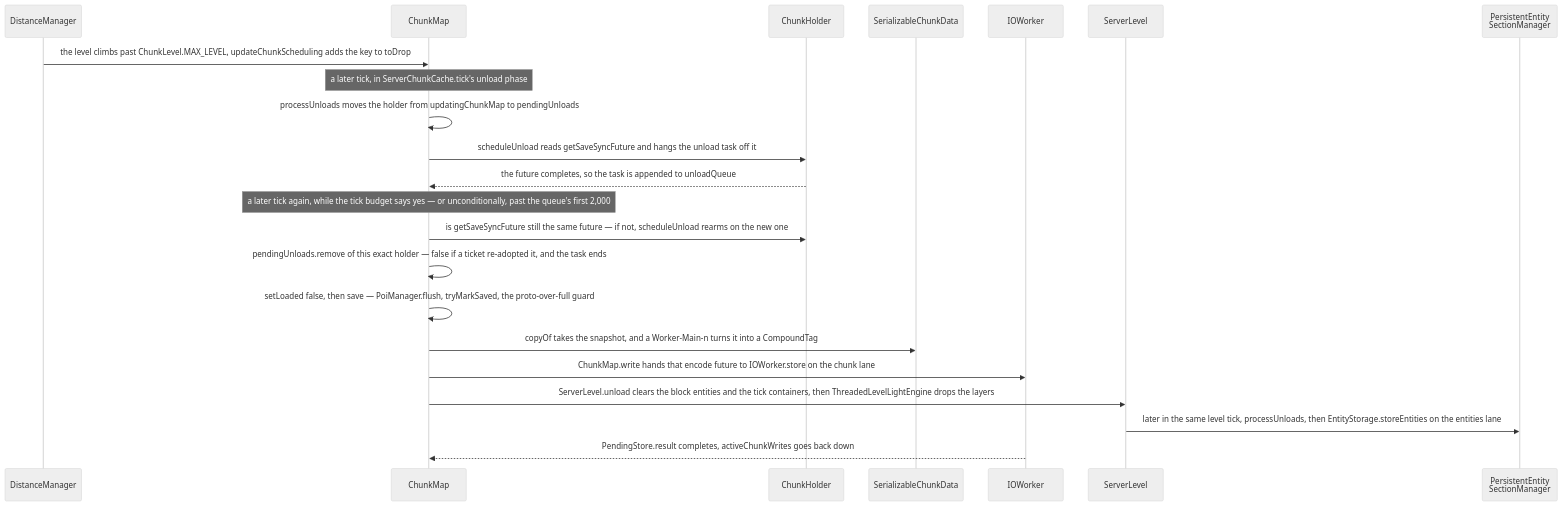
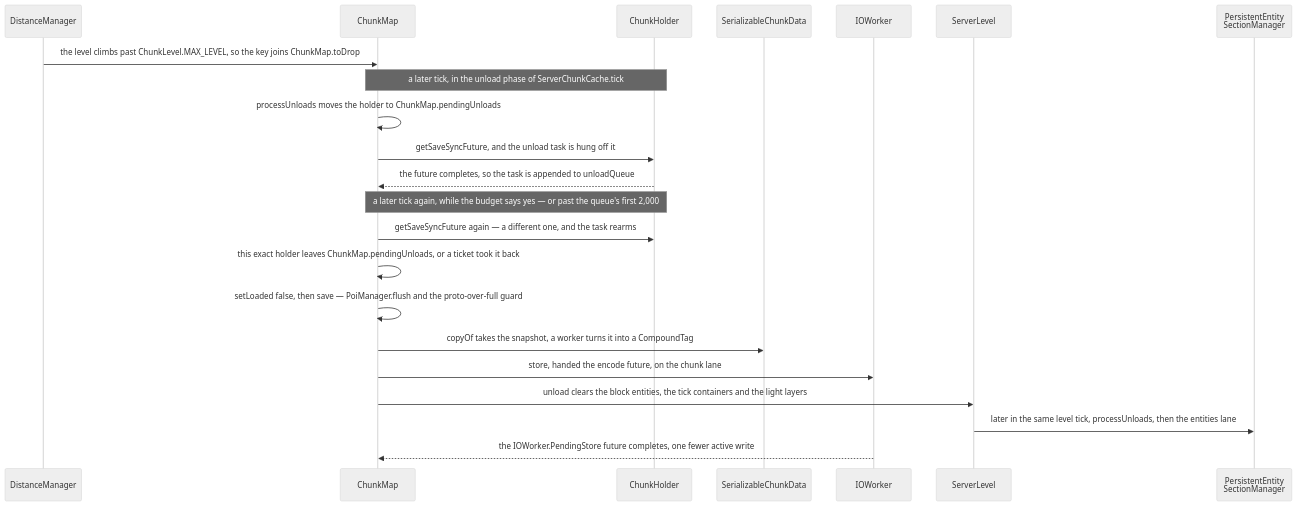
One commit to AlexanderjFraser/MinecraftDocs changed the second of 3 diagrams in src/systems/world/chunk-storage.md. Above: the diagram before and after it, drawn with Mermaid (neutral theme). The commit also changed other lines of this file and 22 other files, not shown here.

````diff
--- a/src/systems/world/chunk-storage.md
+++ b/src/systems/world/chunk-storage.md
@@ -153,25 +171,25 @@
 ```mermaid
 sequenceDiagram
     participant DM as DistanceManager
     participant CM as ChunkMap
     participant CH as ChunkHolder
     participant SCD as SerializableChunkData
     participant IOW as IOWorker
     participant SL as ServerLevel
     participant PESM as PersistentEntity<br/>SectionManager
 
-    DM->>CM: the level climbs past ChunkLevel.MAX_LEVEL, updateChunkScheduling adds the key to toDrop
-    Note over CM: a later tick, in ServerChunkCache.tick's unload phase
-    CM->>CM: processUnloads moves the holder from updatingChunkMap to pendingUnloads
-    CM->>CH: scheduleUnload reads getSaveSyncFuture and hangs the unload task off it
+    DM->>CM: the level climbs past ChunkLevel.MAX_LEVEL, so the key joins ChunkMap.toDrop
+    Note over CM,CH: a later tick, in the unload phase of ServerChunkCache.tick
+    CM->>CM: processUnloads moves the holder to ChunkMap.pendingUnloads
+    CM->>CH: getSaveSyncFuture, and the unload task is hung off it
     CH-->>CM: the future completes, so the task is appended to unloadQueue
-    Note over CM: a later tick again, while the tick budget says yes — or unconditionally, past the queue's first 2,000
-    CM->>CH: is getSaveSyncFuture still the same future — if not, scheduleUnload rearms on the new one
-    CM->>CM: pendingUnloads.remove of this exact holder — false if a ticket re-adopted it, and the task ends
-    CM->>CM: setLoaded false, then save — PoiManager.flush, tryMarkSaved, the proto-over-full guard
-    CM->>SCD: copyOf takes the snapshot, and a Worker-Main-n turns it into a CompoundTag
-    CM->>IOW: ChunkMap.write hands that encode future to IOWorker.store on the chunk lane
-    CM->>SL: ServerLevel.unload clears the block entities and the tick containers, then ThreadedLevelLightEngine drops the layers
-    SL->>PESM: later in the same level tick, processUnloads, then EntityStorage.storeEntities on the entities lane
-    IOW-->>CM: PendingStore.result completes, activeChunkWrites goes back down
+    Note over CM,CH: a later tick again, while the budget says yes — or past the queue's first 2,000
+    CM->>CH: getSaveSyncFuture again — a different one, and the task rearms
+    CM->>CM: this exact holder leaves ChunkMap.pendingUnloads, or a ticket took it back
+    CM->>CM: setLoaded false, then save — PoiManager.flush and the proto-over-full guard
+    CM->>SCD: copyOf takes the snapshot, a worker turns it into a CompoundTag
+    CM->>IOW: store, handed the encode future, on the chunk lane
+    CM->>SL: unload clears the block entities, the tick containers and the light layers
+    SL->>PESM: later in the same level tick, processUnloads, then the entities lane
+    IOW-->>CM: the IOWorker.PendingStore future completes, one fewer active write
 ```
````
